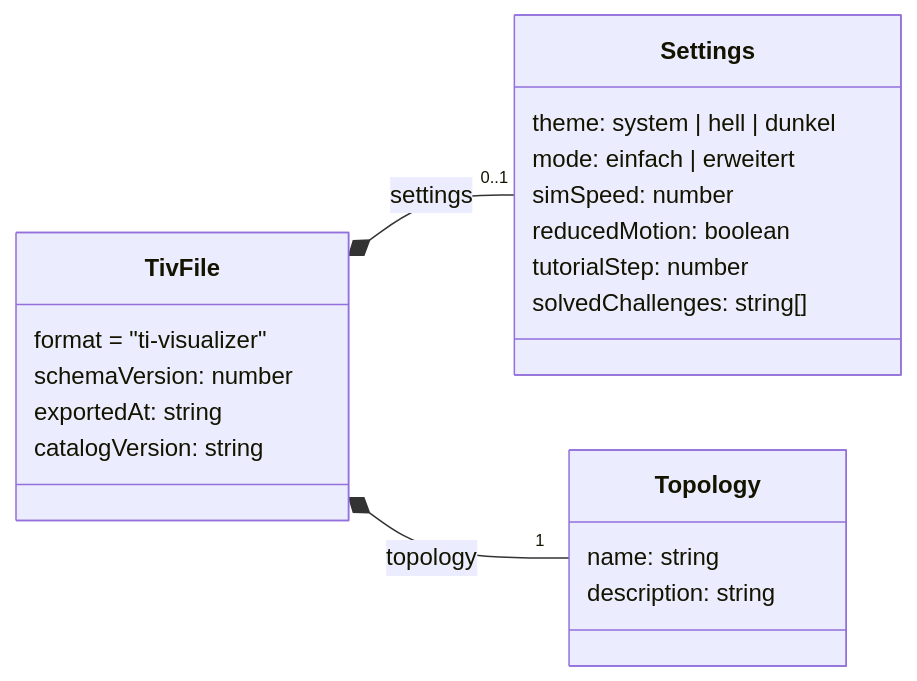
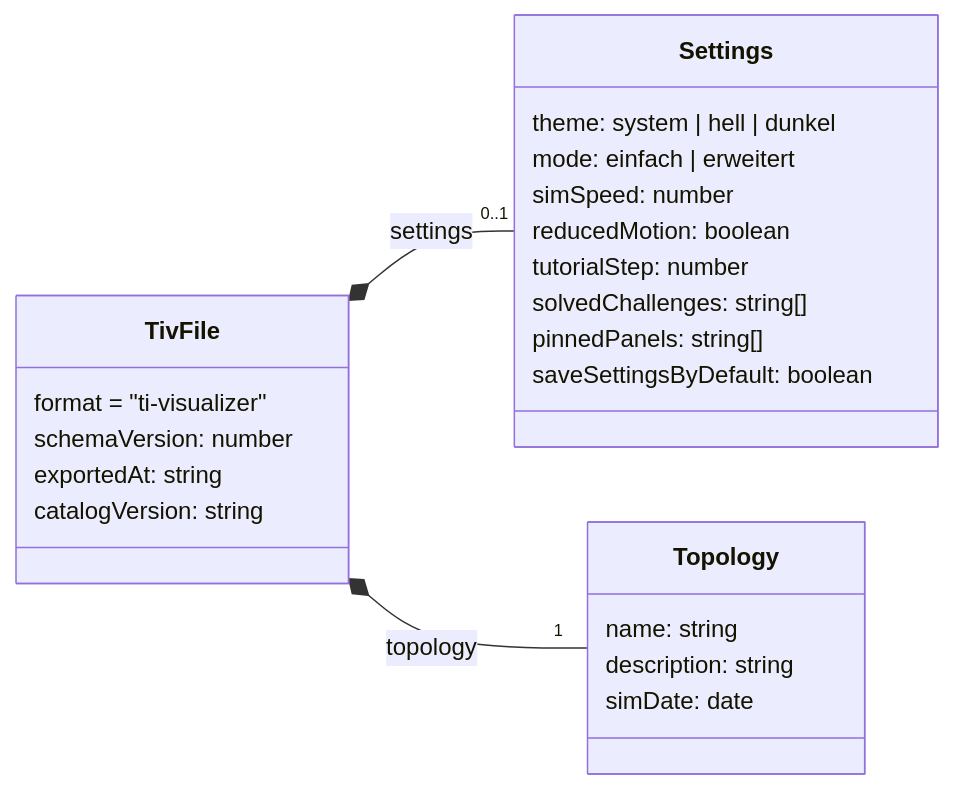
Before and after one commit to jurie2000/ti-visualizer: the third of 10 diagrams in specs/001-ti-visualizer-baukasten/architektur.md, drawn with Mermaid. The commit also changed other lines of this file and 6 other files, not shown here.

````diff
--- a/specs/001-ti-visualizer-baukasten/architektur.md
+++ b/specs/001-ti-visualizer-baukasten/architektur.md
@@ -160,24 +160,27 @@
 ```mermaid
 classDiagram
     direction LR
     class TivFile {
         format = "ti-visualizer"
         schemaVersion: number
         exportedAt: string
         catalogVersion: string
     }
     class Settings {
         theme: system | hell | dunkel
         mode: einfach | erweitert
         simSpeed: number
         reducedMotion: boolean
         tutorialStep: number
         solvedChallenges: string[]
+        pinnedPanels: string[]
+        saveSettingsByDefault: boolean
     }
     class Topology {
         name: string
         description: string
+        simDate: date
     }
     TivFile *-- "0..1" Settings : settings
     TivFile *-- "1" Topology : topology
 ```
````
